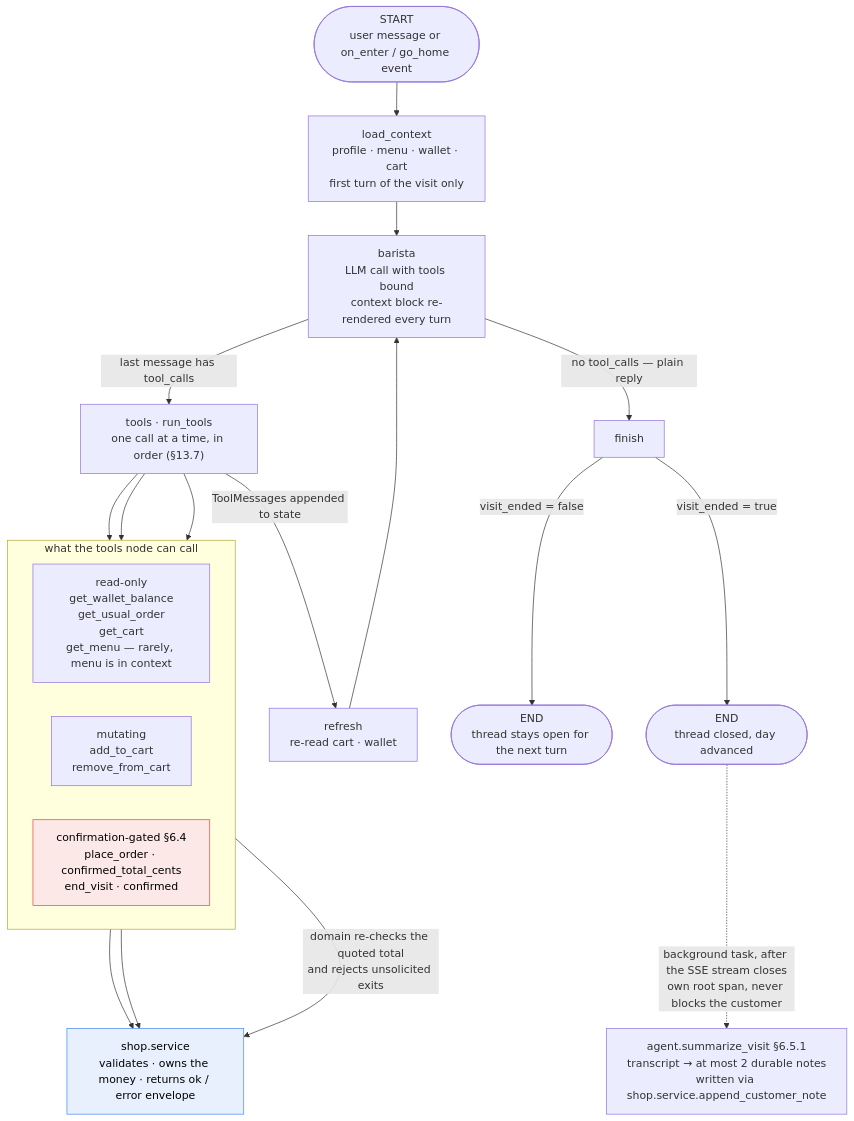
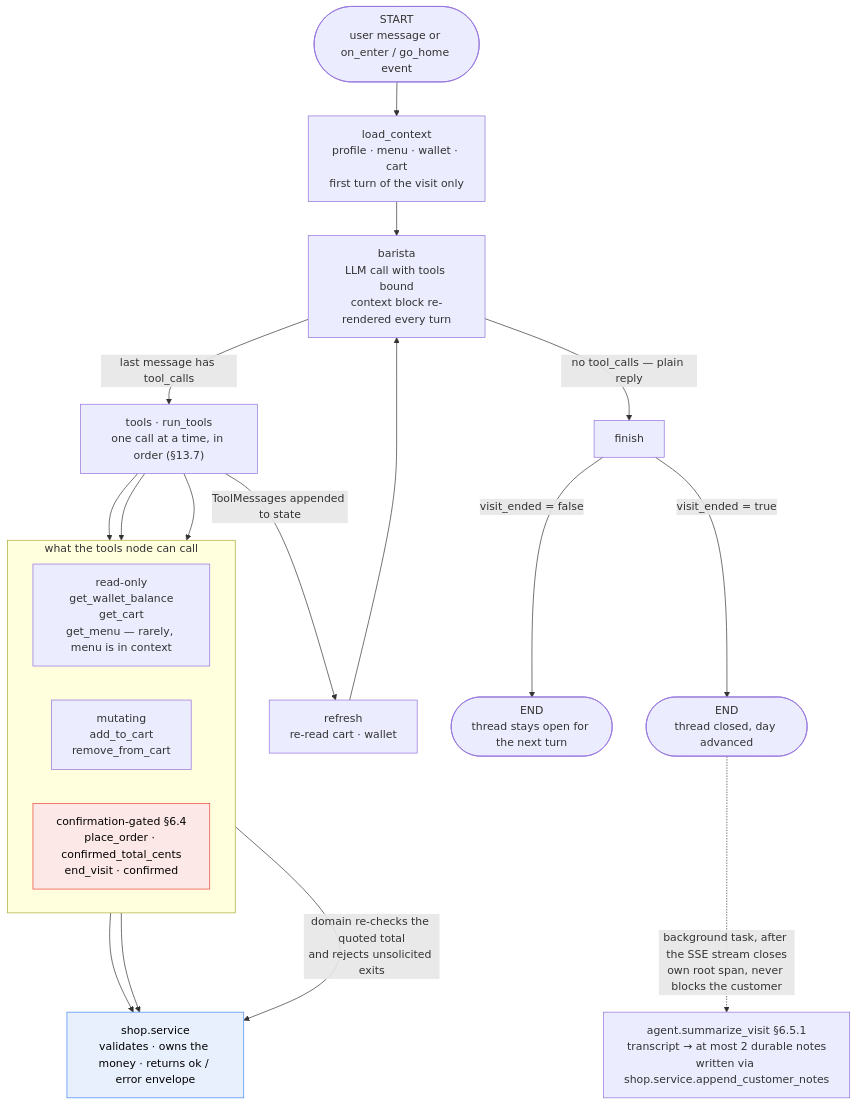
The second of 2 diagrams in coffee-shop.md (allmonty/coffee-shop), drawn with Mermaid before and after one commit. The commit also changed other lines of this file and 3 other files, not shown here.

````diff
--- a/coffee-shop.md
+++ b/coffee-shop.md
@@ -536,39 +566,39 @@
 ```mermaid
 flowchart TD
     S(["START<br/>user message or on_enter / go_home event"]) --> LC
 
     LC["load_context<br/>profile · menu · wallet · cart<br/>first turn of the visit only"]
     LC --> B
 
     B["barista<br/>LLM call with tools bound<br/>context block re-rendered every turn"]
 
     B -- "last message has tool_calls" --> T["tools · run_tools<br/>one call at a time, in order (§13.7)"]
     T -- "ToolMessages appended to state" --> R["refresh<br/>re-read cart · wallet"]
     R --> B
     B -- "no tool_calls — plain reply" --> F["finish"]
 
     F -- "visit_ended = false" --> E(["END<br/>thread stays open for the next turn"])
     F -- "visit_ended = true" --> EC(["END<br/>thread closed, day advanced"])
 
     subgraph TOOLS["what the tools node can call"]
         direction LR
-        RO["read-only<br/>get_wallet_balance<br/>get_usual_order<br/>get_cart<br/>get_menu — rarely, menu is in context"]
+        RO["read-only<br/>get_wallet_balance<br/>get_cart<br/>get_menu — rarely, menu is in context"]
         MU["mutating<br/>add_to_cart<br/>remove_from_cart"]
         GA["confirmation-gated §6.4<br/>place_order · confirmed_total_cents<br/>end_visit · confirmed"]
     end
 
     T --> RO
     T --> MU
     T --> GA
     RO --> SVC
     MU --> SVC
     GA -- "domain re-checks the quoted total<br/>and rejects unsolicited exits" --> SVC
     SVC["shop.service<br/>validates · owns the money · returns ok / error envelope"]
 
-    EC -. "background task, after the SSE stream closes<br/>own root span, never blocks the customer" .-> SUM["agent.summarize_visit §6.5.1<br/>transcript → at most 2 durable notes<br/>written via shop.service.append_customer_note"]
+    EC -. "background task, after the SSE stream closes<br/>own root span, never blocks the customer" .-> SUM["agent.summarize_visit §6.5.1<br/>transcript → at most 2 durable notes<br/>written via shop.service.append_customer_notes"]
 
     classDef gated fill:#fce8e6,stroke:#ea4335,color:#000
     classDef domain fill:#e8f0fe,stroke:#4285f4,color:#000
     class GA gated
     class SVC domain
 ```
````
